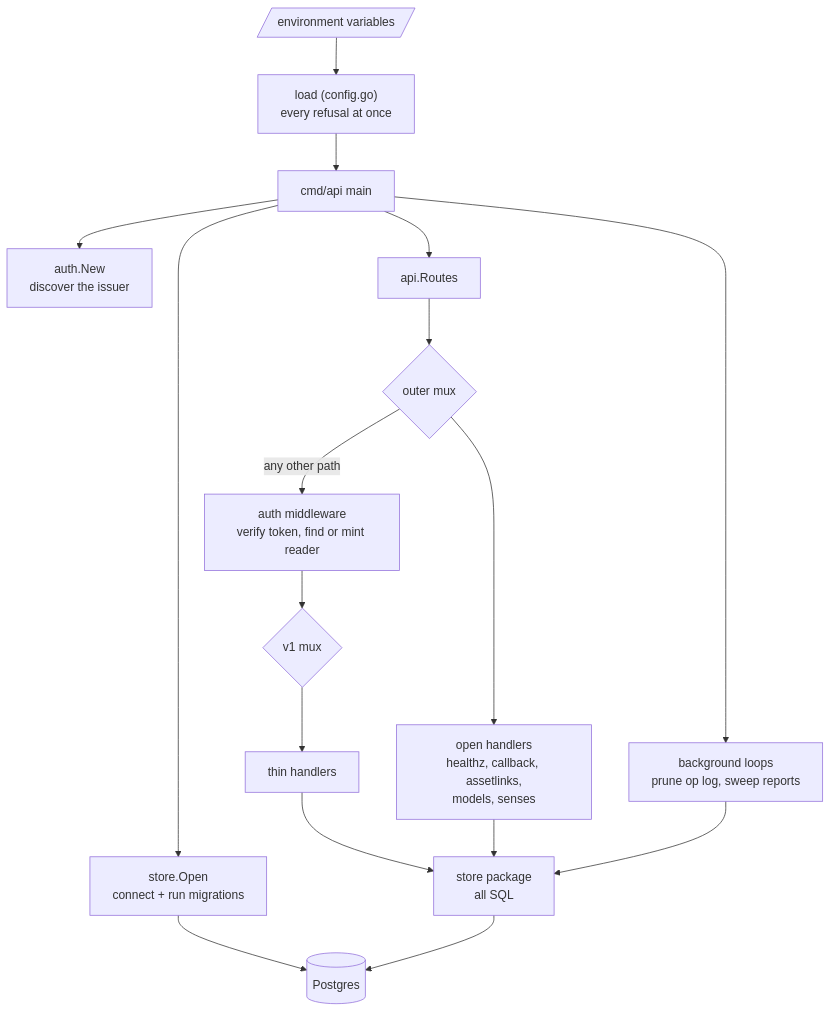
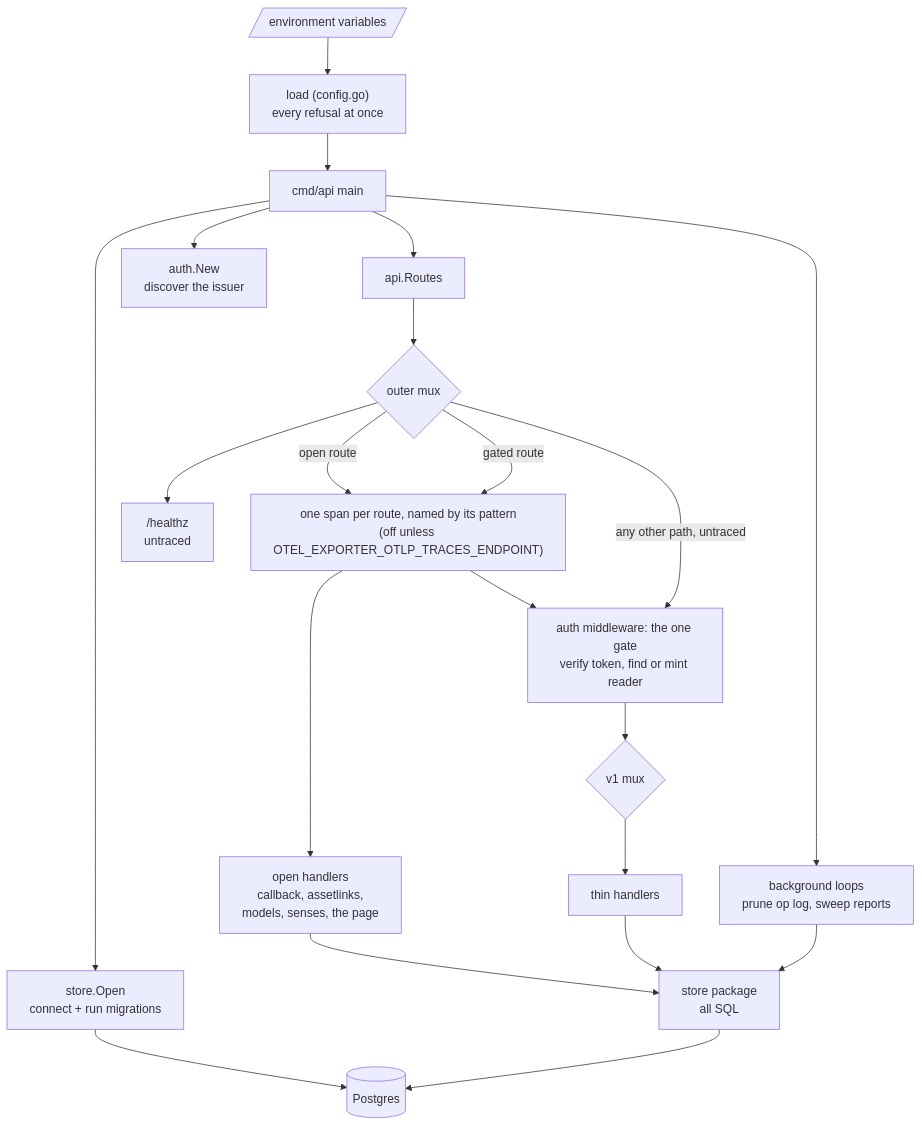
Before and after one commit to MohammadBnei/wird: the second of 4 diagrams in docs/architecture/api.md, drawn with Mermaid. The commit also changed other lines of this file and 42 other files, not shown here.

First line of the commit message:
feat(traces): opt-in OTLP traces for api, adminweb and rootd (#50)

````diff
--- a/docs/architecture/api.md
+++ b/docs/architecture/api.md
@@ -80,26 +80,31 @@
 ```mermaid
 flowchart TB
   env[/"environment variables"/]
   load["load (config.go)<br/>every refusal at once"]
   main["cmd/api main"]
   open_db["store.Open<br/>connect + run migrations"]
   authn["auth.New<br/>discover the issuer"]
   routes["api.Routes"]
   outer{"outer mux"}
-  openh["open handlers<br/>healthz, callback, assetlinks,<br/>models, senses"]
-  mw["auth middleware<br/>verify token, find or mint reader"]
+  span["one span per route, named by its pattern<br/>(off unless OTEL_EXPORTER_OTLP_TRACES_ENDPOINT)"]
+  openh["open handlers<br/>callback, assetlinks,<br/>models, senses, the page"]
+  health["/healthz<br/>untraced"]
+  mw["auth middleware: the one gate<br/>verify token, find or mint reader"]
   v1{"v1 mux"}
   h["thin handlers"]
   st["store package<br/>all SQL"]
   pg[("Postgres")]
   bg["background loops<br/>prune op log, sweep reports"]
 
   env --> load --> main
   main --> open_db --> pg
   main --> authn
   main --> routes --> outer
-  outer --> openh
-  outer -->|"any other path"| mw --> v1 --> h --> st --> pg
+  outer --> health
+  outer -->|"open route"| span --> openh
+  outer -->|"gated route"| span --> mw
+  outer -->|"any other path, untraced"| mw
+  mw --> v1 --> h --> st --> pg
   openh --> st
   main --> bg --> st
 ```
````
